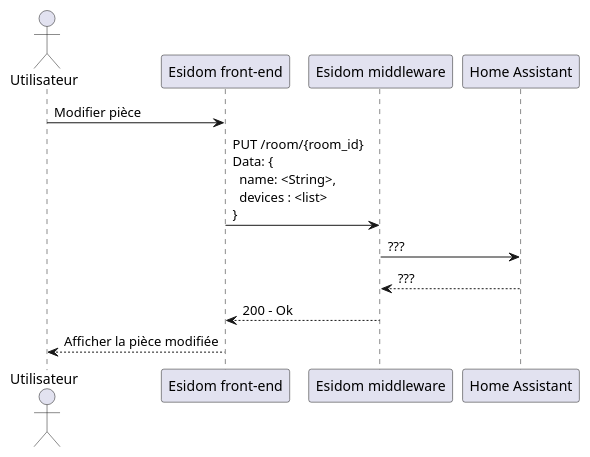
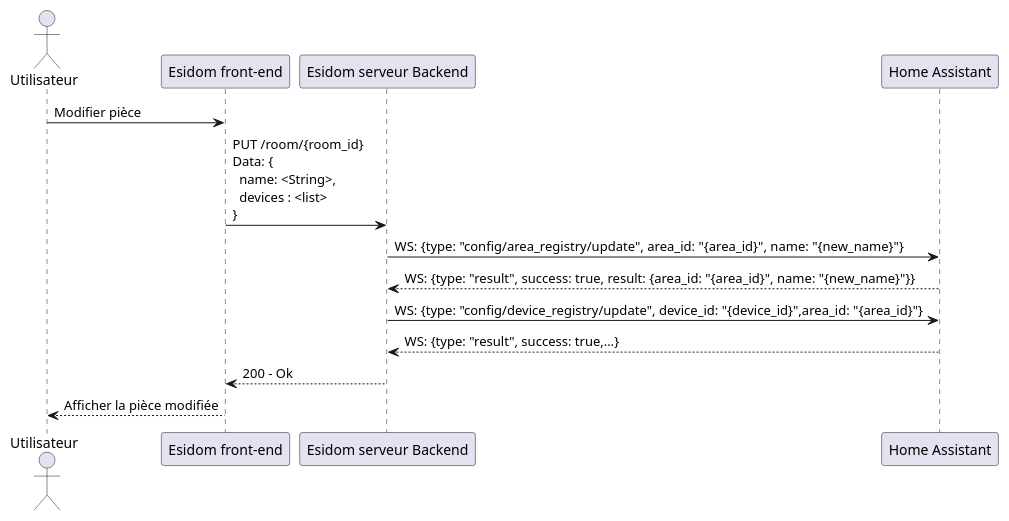
The diagram in cdct/diagramme_de_sequence/plantuml/modifier_piece.puml (SKAVALT-io/esidom_doc), drawn with PlantUML before and after one commit. The commit also changed 1 other file, not shown here.

Commit message:
docs(cdct): update sequence diagram

```diff
--- a/cdct/diagramme_de_sequence/plantuml/modifier_piece.puml
+++ b/cdct/diagramme_de_sequence/plantuml/modifier_piece.puml
@@ -1,19 +1,21 @@
 @startuml modifier pièce
 
 actor "Utilisateur" as u
 participant "Esidom front-end" as fe
-participant "Esidom middleware" as m
+participant "Esidom serveur Backend" as m
 participant "Home Assistant" as ha
 
 u -> fe: Modifier pièce
 fe -> m: PUT /room/{room_id}\n\
 Data: {\n\
   name: <String>,\n\
   devices : <list>\n\
 }
-m -> ha: ???
-ha --> m: ???
+m -> ha: WS: {type: "config/area_registry/update", area_id: "{area_id}", name: "{new_name}"}
+ha --> m: WS: {type: "result", success: true, result: {area_id: "{area_id}", name: "{new_name}"}}
+m -> ha: WS: {type: "config/device_registry/update", device_id: "{device_id}",area_id: "{area_id}"}
+ha --> m: WS: {type: "result", success: true,…}
 m --> fe: 200 - Ok
 fe --> u: Afficher la pièce modifiée
 
 @enduml
```
